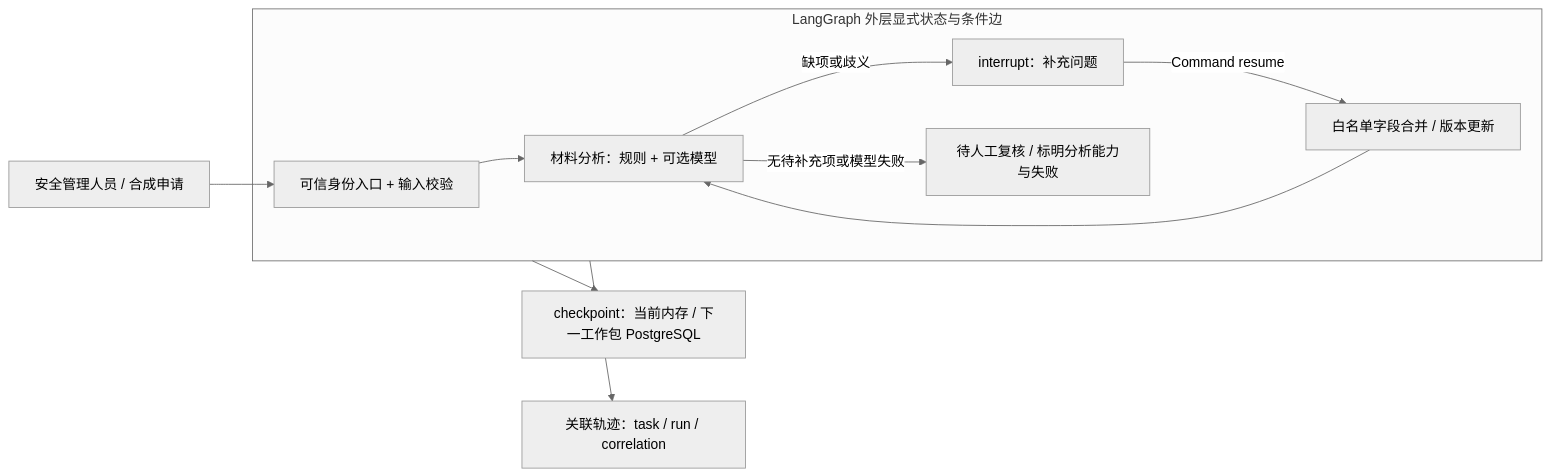
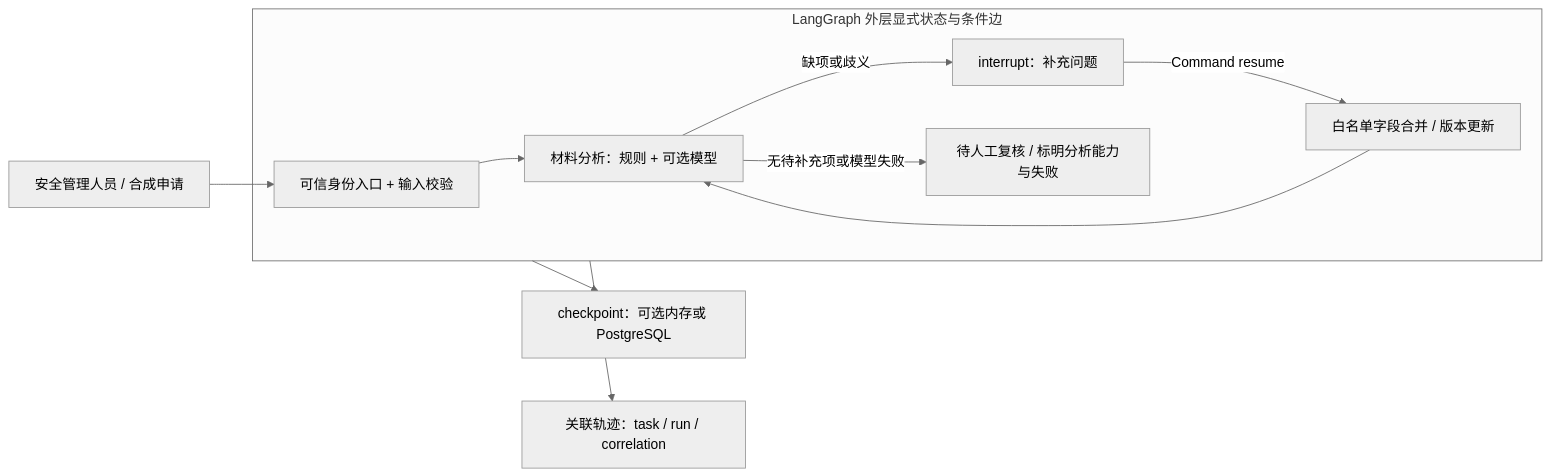
The first of 4 diagrams in docs/architecture.md (iFree2/anlan), drawn with Mermaid (neutral theme) before and after one commit. The commit also changed other lines of this file and 31 other files, not shown here.

Commit message:
feat: persist material workflows in PostgreSQL with safe recovery

````diff
--- a/docs/architecture.md
+++ b/docs/architecture.md
@@ -5,13 +5,13 @@
 ```mermaid
 flowchart LR
     U[安全管理人员 / 合成申请] --> V[可信身份入口 + 输入校验]
     subgraph G[LangGraph 外层显式状态与条件边]
       V --> A[材料分析：规则 + 可选模型]
       A -->|缺项或歧义| Q[interrupt：补充问题]
       Q -->|Command resume| P[白名单字段合并 / 版本更新]
       P --> A
       A -->|无待补充项或模型失败| H[待人工复核 / 标明分析能力与失败]
     end
-    G --> C[checkpoint：当前内存 / 下一工作包 PostgreSQL]
+    G --> C[checkpoint：可选内存或 PostgreSQL]
     G --> T[关联轨迹：task / run / correlation]
 ```
````
